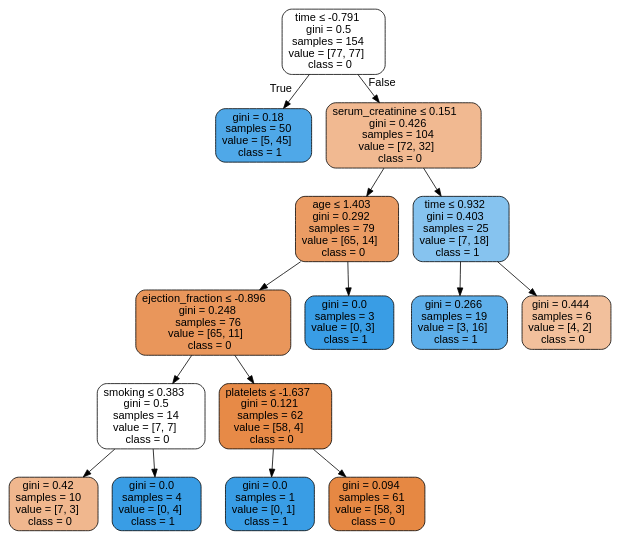
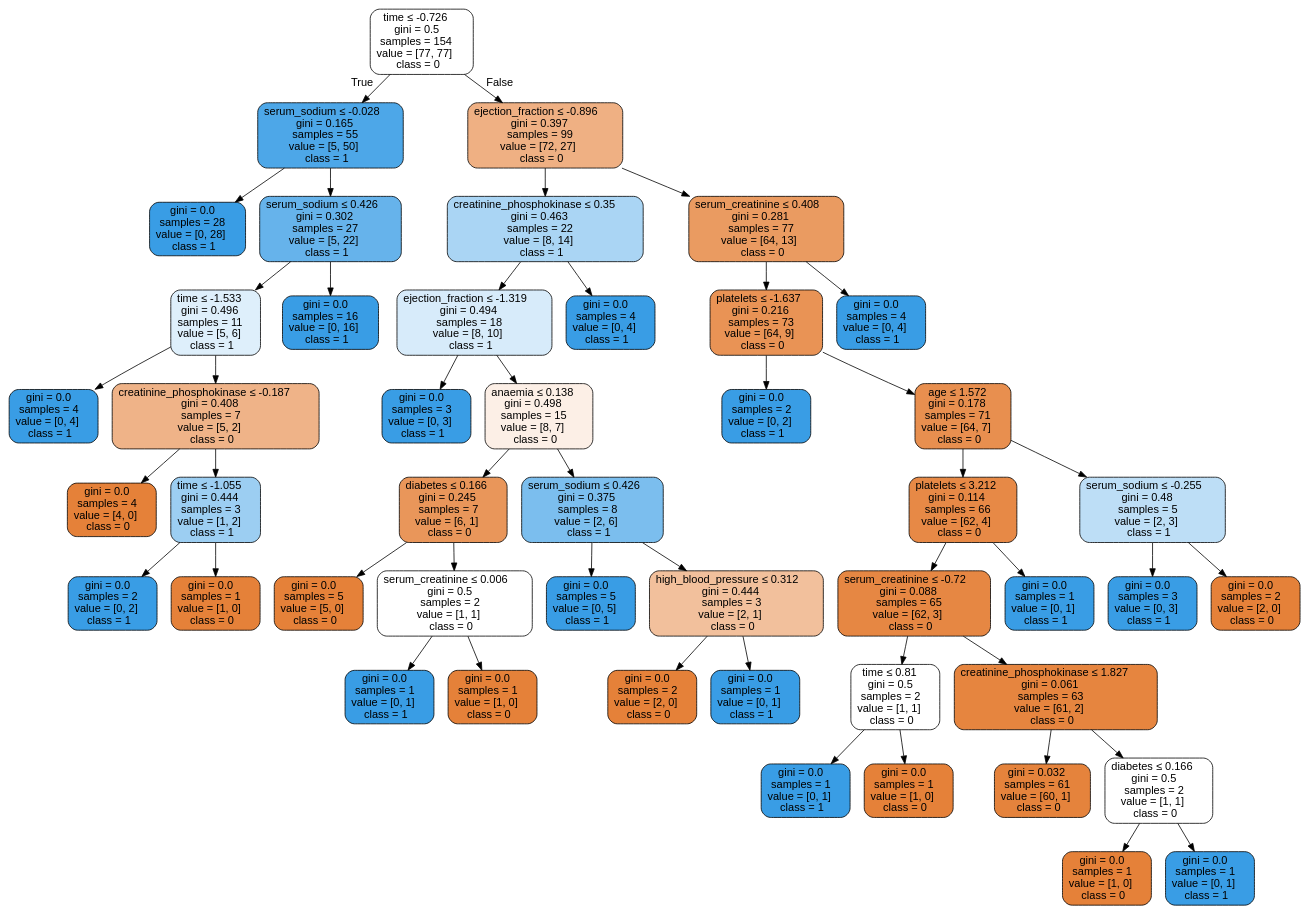
The diagram in Labs/NewClassifiers/Results/DecisionTrees/UnderSample/ - Scaling/HFCR - UnderSample - dtree.dot (isabelSoares/CD-2021), drawn with Graphviz before and after one commit. The commit also changed 206 other files, not shown here.

```diff
--- a/Labs/NewClassifiers/Results/DecisionTrees/UnderSample/ - Scaling/HFCR - UnderSample - dtree.dot
+++ b/Labs/NewClassifiers/Results/DecisionTrees/UnderSample/ - Scaling/HFCR - UnderSample - dtree.dot
@@ -1,33 +1,97 @@
 digraph Tree {
 node [shape=box, style="filled, rounded", color="black", fontname=helvetica] ;
 edge [fontname=helvetica] ;
-0 [label=<time &le; -0.791<br/>gini = 0.5<br/>samples = 154<br/>value = [77, 77]<br/>class = 0>, fillcolor="#ffffff"] ;
-1 [label=<gini = 0.18<br/>samples = 50<br/>value = [5, 45]<br/>class = 1>, fillcolor="#4fa8e8"] ;
+0 [label=<time &le; -0.726<br/>gini = 0.5<br/>samples = 154<br/>value = [77, 77]<br/>class = 0>, fillcolor="#ffffff"] ;
+1 [label=<serum_sodium &le; -0.028<br/>gini = 0.165<br/>samples = 55<br/>value = [5, 50]<br/>class = 1>, fillcolor="#4da7e8"] ;
 0 -> 1 [labeldistance=2.5, labelangle=45, headlabel="True"] ;
-2 [label=<serum_creatinine &le; 0.151<br/>gini = 0.426<br/>samples = 104<br/>value = [72, 32]<br/>class = 0>, fillcolor="#f1b991"] ;
-0 -> 2 [labeldistance=2.5, labelangle=-45, headlabel="False"] ;
-3 [label=<age &le; 1.403<br/>gini = 0.292<br/>samples = 79<br/>value = [65, 14]<br/>class = 0>, fillcolor="#eb9c64"] ;
-2 -> 3 ;
-4 [label=<ejection_fraction &le; -0.896<br/>gini = 0.248<br/>samples = 76<br/>value = [65, 11]<br/>class = 0>, fillcolor="#e9965b"] ;
+2 [label=<gini = 0.0<br/>samples = 28<br/>value = [0, 28]<br/>class = 1>, fillcolor="#399de5"] ;
+1 -> 2 ;
+3 [label=<serum_sodium &le; 0.426<br/>gini = 0.302<br/>samples = 27<br/>value = [5, 22]<br/>class = 1>, fillcolor="#66b3eb"] ;
+1 -> 3 ;
+4 [label=<time &le; -1.533<br/>gini = 0.496<br/>samples = 11<br/>value = [5, 6]<br/>class = 1>, fillcolor="#deeffb"] ;
 3 -> 4 ;
-5 [label=<smoking &le; 0.383<br/>gini = 0.5<br/>samples = 14<br/>value = [7, 7]<br/>class = 0>, fillcolor="#ffffff"] ;
+5 [label=<gini = 0.0<br/>samples = 4<br/>value = [0, 4]<br/>class = 1>, fillcolor="#399de5"] ;
 4 -> 5 ;
-6 [label=<gini = 0.42<br/>samples = 10<br/>value = [7, 3]<br/>class = 0>, fillcolor="#f0b78e"] ;
-5 -> 6 ;
-7 [label=<gini = 0.0<br/>samples = 4<br/>value = [0, 4]<br/>class = 1>, fillcolor="#399de5"] ;
-5 -> 7 ;
-8 [label=<platelets &le; -1.637<br/>gini = 0.121<br/>samples = 62<br/>value = [58, 4]<br/>class = 0>, fillcolor="#e78a47"] ;
-4 -> 8 ;
-9 [label=<gini = 0.0<br/>samples = 1<br/>value = [0, 1]<br/>class = 1>, fillcolor="#399de5"] ;
+6 [label=<creatinine_phosphokinase &le; -0.187<br/>gini = 0.408<br/>samples = 7<br/>value = [5, 2]<br/>class = 0>, fillcolor="#efb388"] ;
+4 -> 6 ;
+7 [label=<gini = 0.0<br/>samples = 4<br/>value = [4, 0]<br/>class = 0>, fillcolor="#e58139"] ;
+6 -> 7 ;
+8 [label=<time &le; -1.055<br/>gini = 0.444<br/>samples = 3<br/>value = [1, 2]<br/>class = 1>, fillcolor="#9ccef2"] ;
+6 -> 8 ;
+9 [label=<gini = 0.0<br/>samples = 2<br/>value = [0, 2]<br/>class = 1>, fillcolor="#399de5"] ;
 8 -> 9 ;
-10 [label=<gini = 0.094<br/>samples = 61<br/>value = [58, 3]<br/>class = 0>, fillcolor="#e68843"] ;
+10 [label=<gini = 0.0<br/>samples = 1<br/>value = [1, 0]<br/>class = 0>, fillcolor="#e58139"] ;
 8 -> 10 ;
-11 [label=<gini = 0.0<br/>samples = 3<br/>value = [0, 3]<br/>class = 1>, fillcolor="#399de5"] ;
+11 [label=<gini = 0.0<br/>samples = 16<br/>value = [0, 16]<br/>class = 1>, fillcolor="#399de5"] ;
 3 -> 11 ;
-12 [label=<time &le; 0.932<br/>gini = 0.403<br/>samples = 25<br/>value = [7, 18]<br/>class = 1>, fillcolor="#86c3ef"] ;
-2 -> 12 ;
-13 [label=<gini = 0.266<br/>samples = 19<br/>value = [3, 16]<br/>class = 1>, fillcolor="#5eafea"] ;
+12 [label=<ejection_fraction &le; -0.896<br/>gini = 0.397<br/>samples = 99<br/>value = [72, 27]<br/>class = 0>, fillcolor="#efb083"] ;
+0 -> 12 [labeldistance=2.5, labelangle=-45, headlabel="False"] ;
+13 [label=<creatinine_phosphokinase &le; 0.35<br/>gini = 0.463<br/>samples = 22<br/>value = [8, 14]<br/>class = 1>, fillcolor="#aad5f4"] ;
 12 -> 13 ;
-14 [label=<gini = 0.444<br/>samples = 6<br/>value = [4, 2]<br/>class = 0>, fillcolor="#f2c09c"] ;
-12 -> 14 ;
+14 [label=<ejection_fraction &le; -1.319<br/>gini = 0.494<br/>samples = 18<br/>value = [8, 10]<br/>class = 1>, fillcolor="#d7ebfa"] ;
+13 -> 14 ;
+15 [label=<gini = 0.0<br/>samples = 3<br/>value = [0, 3]<br/>class = 1>, fillcolor="#399de5"] ;
+14 -> 15 ;
+16 [label=<anaemia &le; 0.138<br/>gini = 0.498<br/>samples = 15<br/>value = [8, 7]<br/>class = 0>, fillcolor="#fcefe6"] ;
+14 -> 16 ;
+17 [label=<diabetes &le; 0.166<br/>gini = 0.245<br/>samples = 7<br/>value = [6, 1]<br/>class = 0>, fillcolor="#e9965a"] ;
+16 -> 17 ;
+18 [label=<gini = 0.0<br/>samples = 5<br/>value = [5, 0]<br/>class = 0>, fillcolor="#e58139"] ;
+17 -> 18 ;
+19 [label=<serum_creatinine &le; 0.006<br/>gini = 0.5<br/>samples = 2<br/>value = [1, 1]<br/>class = 0>, fillcolor="#ffffff"] ;
+17 -> 19 ;
+20 [label=<gini = 0.0<br/>samples = 1<br/>value = [0, 1]<br/>class = 1>, fillcolor="#399de5"] ;
+19 -> 20 ;
+21 [label=<gini = 0.0<br/>samples = 1<br/>value = [1, 0]<br/>class = 0>, fillcolor="#e58139"] ;
+19 -> 21 ;
+22 [label=<serum_sodium &le; 0.426<br/>gini = 0.375<br/>samples = 8<br/>value = [2, 6]<br/>class = 1>, fillcolor="#7bbeee"] ;
+16 -> 22 ;
+23 [label=<gini = 0.0<br/>samples = 5<br/>value = [0, 5]<br/>class = 1>, fillcolor="#399de5"] ;
+22 -> 23 ;
+24 [label=<high_blood_pressure &le; 0.312<br/>gini = 0.444<br/>samples = 3<br/>value = [2, 1]<br/>class = 0>, fillcolor="#f2c09c"] ;
+22 -> 24 ;
+25 [label=<gini = 0.0<br/>samples = 2<br/>value = [2, 0]<br/>class = 0>, fillcolor="#e58139"] ;
+24 -> 25 ;
+26 [label=<gini = 0.0<br/>samples = 1<br/>value = [0, 1]<br/>class = 1>, fillcolor="#399de5"] ;
+24 -> 26 ;
+27 [label=<gini = 0.0<br/>samples = 4<br/>value = [0, 4]<br/>class = 1>, fillcolor="#399de5"] ;
+13 -> 27 ;
+28 [label=<serum_creatinine &le; 0.408<br/>gini = 0.281<br/>samples = 77<br/>value = [64, 13]<br/>class = 0>, fillcolor="#ea9b61"] ;
+12 -> 28 ;
+29 [label=<platelets &le; -1.637<br/>gini = 0.216<br/>samples = 73<br/>value = [64, 9]<br/>class = 0>, fillcolor="#e99355"] ;
+28 -> 29 ;
+30 [label=<gini = 0.0<br/>samples = 2<br/>value = [0, 2]<br/>class = 1>, fillcolor="#399de5"] ;
+29 -> 30 ;
+31 [label=<age &le; 1.572<br/>gini = 0.178<br/>samples = 71<br/>value = [64, 7]<br/>class = 0>, fillcolor="#e88f4f"] ;
+29 -> 31 ;
+32 [label=<platelets &le; 3.212<br/>gini = 0.114<br/>samples = 66<br/>value = [62, 4]<br/>class = 0>, fillcolor="#e78946"] ;
+31 -> 32 ;
+33 [label=<serum_creatinine &le; -0.72<br/>gini = 0.088<br/>samples = 65<br/>value = [62, 3]<br/>class = 0>, fillcolor="#e68743"] ;
+32 -> 33 ;
+34 [label=<time &le; 0.81<br/>gini = 0.5<br/>samples = 2<br/>value = [1, 1]<br/>class = 0>, fillcolor="#ffffff"] ;
+33 -> 34 ;
+35 [label=<gini = 0.0<br/>samples = 1<br/>value = [0, 1]<br/>class = 1>, fillcolor="#399de5"] ;
+34 -> 35 ;
+36 [label=<gini = 0.0<br/>samples = 1<br/>value = [1, 0]<br/>class = 0>, fillcolor="#e58139"] ;
+34 -> 36 ;
+37 [label=<creatinine_phosphokinase &le; 1.827<br/>gini = 0.061<br/>samples = 63<br/>value = [61, 2]<br/>class = 0>, fillcolor="#e6853f"] ;
+33 -> 37 ;
+38 [label=<gini = 0.032<br/>samples = 61<br/>value = [60, 1]<br/>class = 0>, fillcolor="#e5833c"] ;
+37 -> 38 ;
+39 [label=<diabetes &le; 0.166<br/>gini = 0.5<br/>samples = 2<br/>value = [1, 1]<br/>class = 0>, fillcolor="#ffffff"] ;
+37 -> 39 ;
+40 [label=<gini = 0.0<br/>samples = 1<br/>value = [1, 0]<br/>class = 0>, fillcolor="#e58139"] ;
+39 -> 40 ;
+41 [label=<gini = 0.0<br/>samples = 1<br/>value = [0, 1]<br/>class = 1>, fillcolor="#399de5"] ;
+39 -> 41 ;
+42 [label=<gini = 0.0<br/>samples = 1<br/>value = [0, 1]<br/>class = 1>, fillcolor="#399de5"] ;
+32 -> 42 ;
+43 [label=<serum_sodium &le; -0.255<br/>gini = 0.48<br/>samples = 5<br/>value = [2, 3]<br/>class = 1>, fillcolor="#bddef6"] ;
+31 -> 43 ;
+44 [label=<gini = 0.0<br/>samples = 3<br/>value = [0, 3]<br/>class = 1>, fillcolor="#399de5"] ;
+43 -> 44 ;
+45 [label=<gini = 0.0<br/>samples = 2<br/>value = [2, 0]<br/>class = 0>, fillcolor="#e58139"] ;
+43 -> 45 ;
+46 [label=<gini = 0.0<br/>samples = 4<br/>value = [0, 4]<br/>class = 1>, fillcolor="#399de5"] ;
+28 -> 46 ;
 }
```
